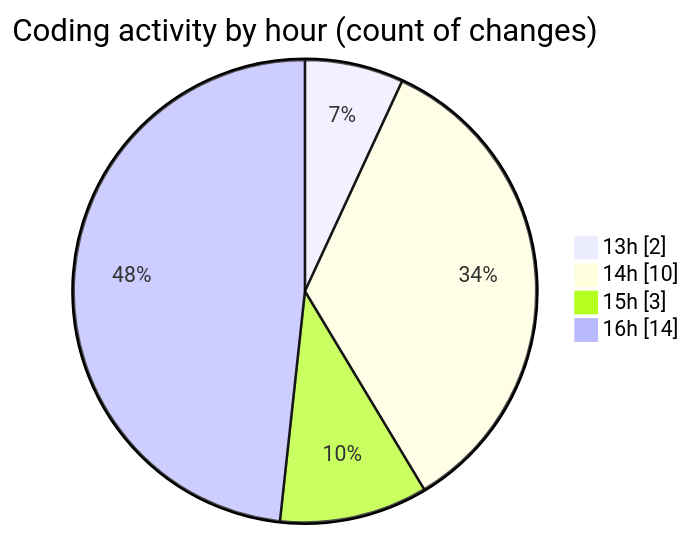
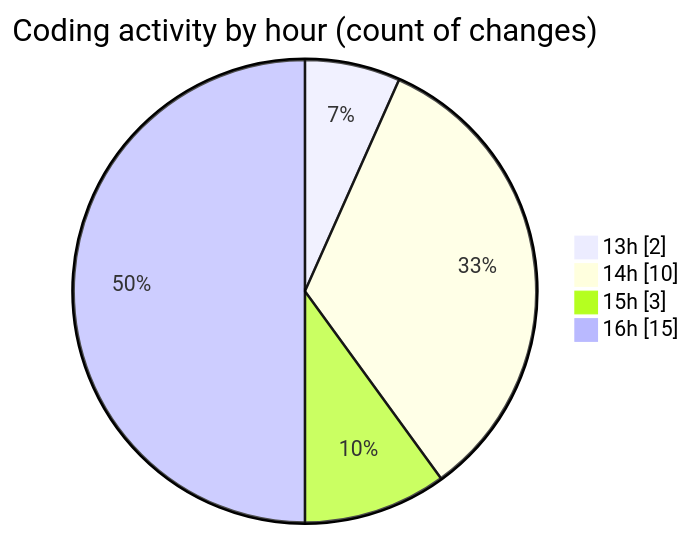
The second of 2 diagrams in 2026-03-12/nxtqube_webapp/README.md (nxtqubesakshisongat/code-tracking), drawn with Mermaid before and after one commit. The commit also changed other lines of this file and 1 other file, not shown here.

````diff
--- a/2026-03-12/nxtqube_webapp/README.md
+++ b/2026-03-12/nxtqube_webapp/README.md
@@ -34,8 +34,8 @@
 ```mermaid
 pie showData
 title Coding activity by hour (count of changes)
 "13h" : 2
 "14h" : 10
 "15h" : 3
-"16h" : 14
+"16h" : 15
 ```
````
